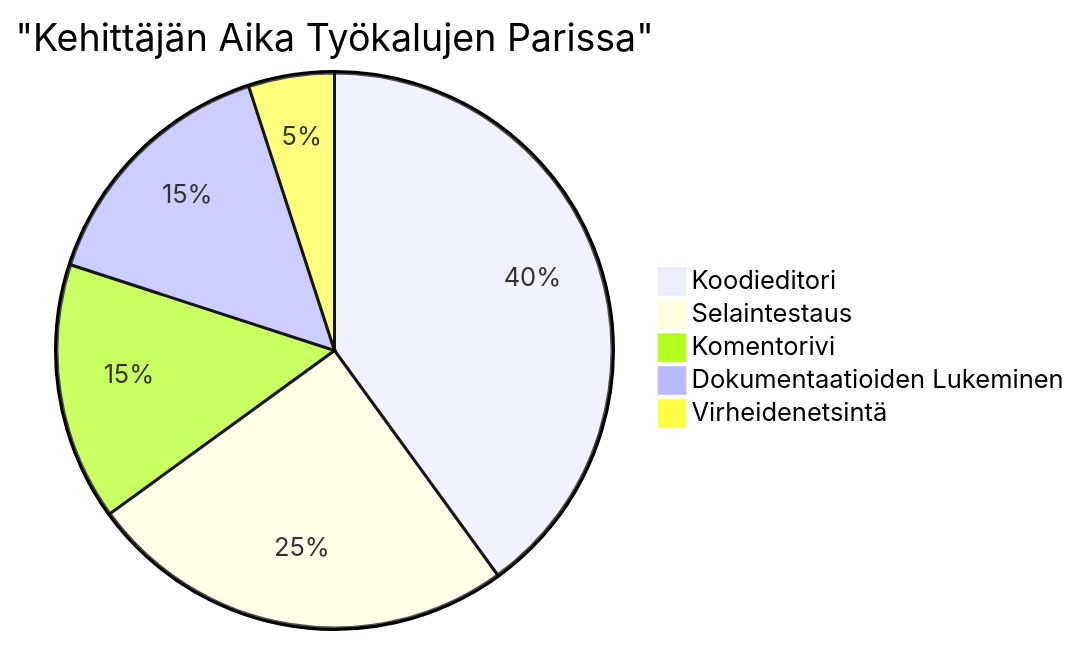
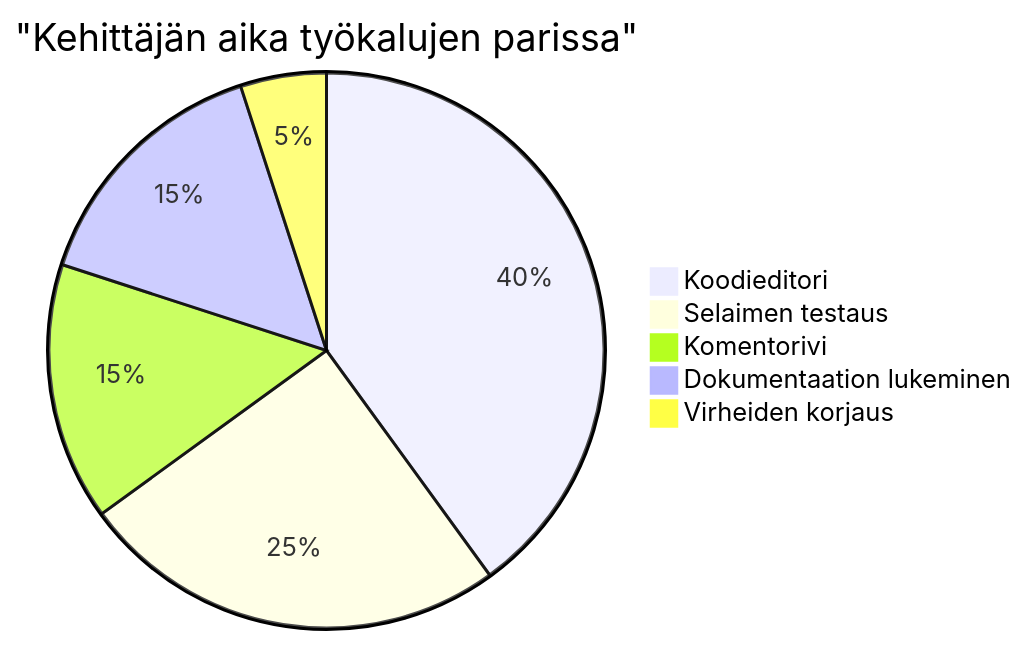
The sixth of 7 diagrams in translations/fi/1-getting-started-lessons/1-intro-to-programming-languages/README.md (microsoft/Web-Dev-For-Beginners), drawn with Mermaid before and after one commit. The commit also changed other lines of this file and 8 other files, not shown here.

````diff
--- a/translations/fi/1-getting-started-lessons/1-intro-to-programming-languages/README.md
+++ b/translations/fi/1-getting-started-lessons/1-intro-to-programming-languages/README.md
@@ -713,8 +713,8 @@
 ```mermaid
-pie title "Kehittäjän Aika Työkalujen Parissa"
+pie title "Kehittäjän aika työkalujen parissa"
     "Koodieditori" : 40
-    "Selaintestaus" : 25
+    "Selaimen testaus" : 25
     "Komentorivi" : 15
-    "Dokumentaatioiden Lukeminen" : 15
-    "Virheidenetsintä" : 5
+    "Dokumentaation lukeminen" : 15
+    "Virheiden korjaus" : 5
 ```
````
